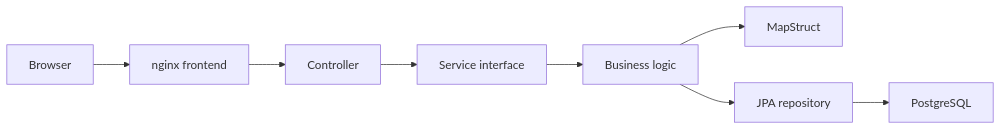
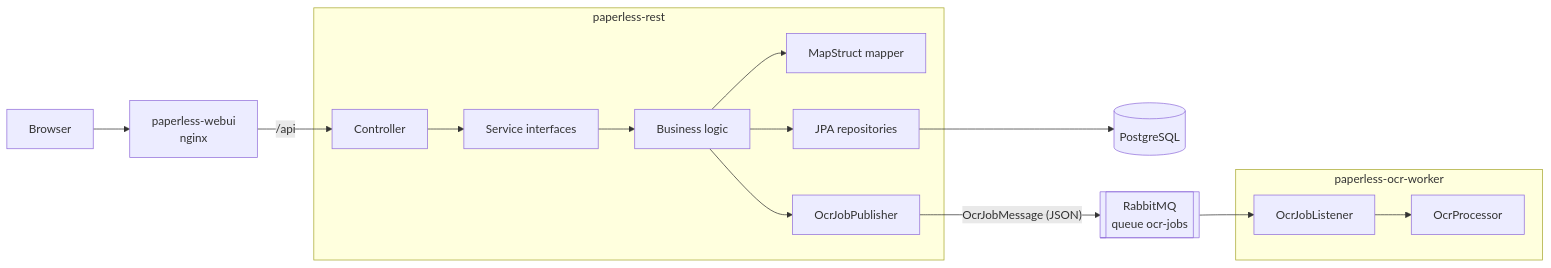
One commit to monael6/swen3_semesterproject changed the diagram in README.md. Above: the diagram before and after it, drawn with Mermaid. The commit also changed other lines of this file and 39 other files, not shown here.

Commit message:
Sprint 3: RabbitMQ-Queue und OCR-Worker

````diff
--- a/README.md
+++ b/README.md
@@ -177,10 +211,21 @@
 ```mermaid
 flowchart LR
-    Browser --> Nginx[nginx frontend]
-    Nginx --> Controller
-    Controller --> Service[Service interface]
-    Service --> ServiceImpl[Business logic]
-    ServiceImpl --> Mapper[MapStruct]
-    ServiceImpl --> Repository[JPA repository]
-    Repository --> PostgreSQL
+    Browser --> Nginx[paperless-webui<br/>nginx]
+    Nginx -- "/api" --> Controller
+
+    subgraph REST[paperless-rest]
+        Controller --> Service[Service interfaces]
+        Service --> ServiceImpl[Business logic]
+        ServiceImpl --> Mapper[MapStruct mapper]
+        ServiceImpl --> Repository[JPA repositories]
+        ServiceImpl --> Publisher[OcrJobPublisher]
+    end
+
+    Repository --> PostgreSQL[(PostgreSQL)]
+    Publisher -- "OcrJobMessage (JSON)" --> Queue[[RabbitMQ<br/>queue ocr-jobs]]
+    Queue --> Listener
+
+    subgraph Worker[paperless-ocr-worker]
+        Listener[OcrJobListener] --> Processor[OcrProcessor]
+    end
 ```
````
